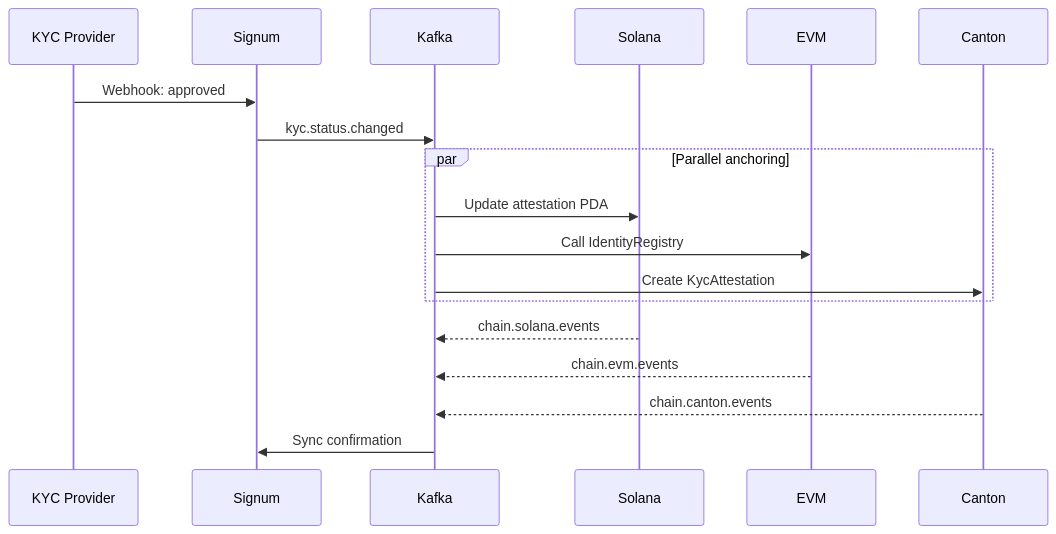
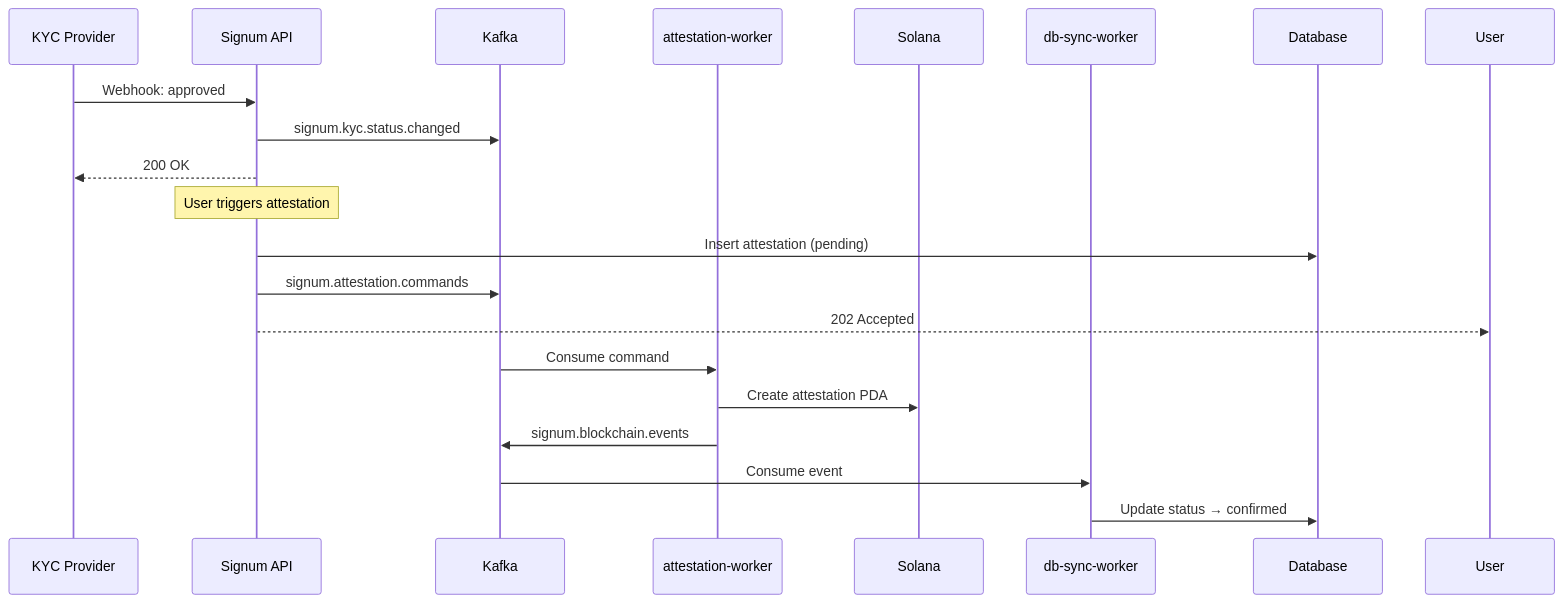
The third of 3 diagrams in chains/overview.mdx (SignumIdentity/mintlify-docs), drawn with Mermaid before and after one commit. The commit also changed other lines of this file and 12 other files, not shown here.

````diff
--- a/chains/overview.mdx
+++ b/chains/overview.mdx
@@ -142,24 +166,26 @@
 ```mermaid
 sequenceDiagram
     participant KYC as KYC Provider
-    participant Signum
+    participant API as Signum API
     participant Kafka
+    participant AttWorker as attestation-worker
     participant Solana
-    participant EVM
-    participant Canton
+    participant DbSync as db-sync-worker
+    participant DB as Database
 
-    KYC->>Signum: Webhook: approved
-    Signum->>Kafka: kyc.status.changed
+    KYC->>API: Webhook: approved
+    API->>Kafka: signum.kyc.status.changed
+    API-->>KYC: 200 OK
     
-    par Parallel anchoring
-        Kafka->>Solana: Update attestation PDA
-        Kafka->>EVM: Call IdentityRegistry
-        Kafka->>Canton: Create KycAttestation
-    end
+    Note over API: User triggers attestation
+    API->>DB: Insert attestation (pending)
+    API->>Kafka: signum.attestation.commands
+    API-->>User: 202 Accepted
     
-    Solana-->>Kafka: chain.solana.events
-    EVM-->>Kafka: chain.evm.events
-    Canton-->>Kafka: chain.canton.events
+    Kafka->>AttWorker: Consume command
+    AttWorker->>Solana: Create attestation PDA
+    AttWorker->>Kafka: signum.blockchain.events
     
-    Kafka->>Signum: Sync confirmation
+    Kafka->>DbSync: Consume event
+    DbSync->>DB: Update status → confirmed
 ```
````
